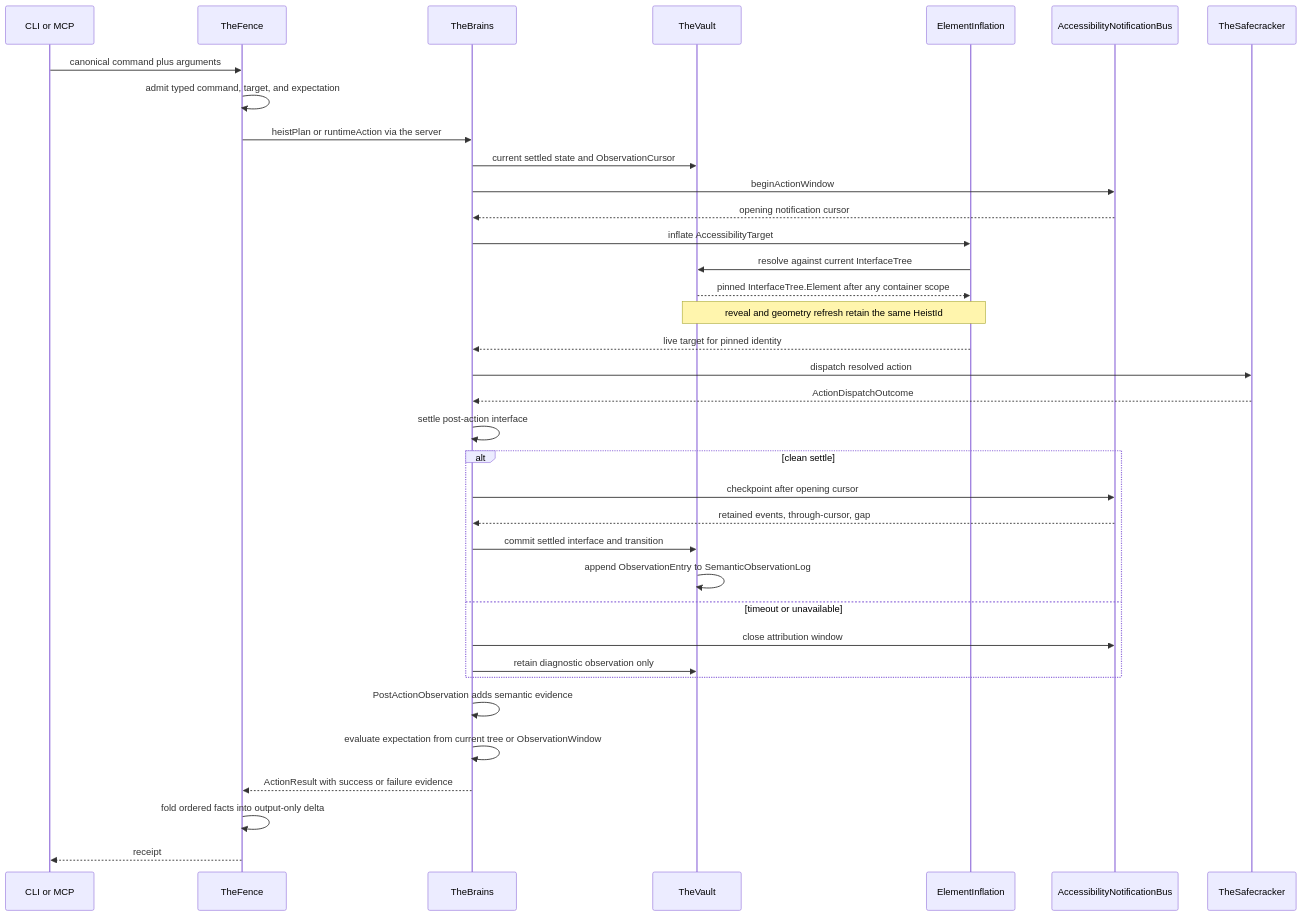
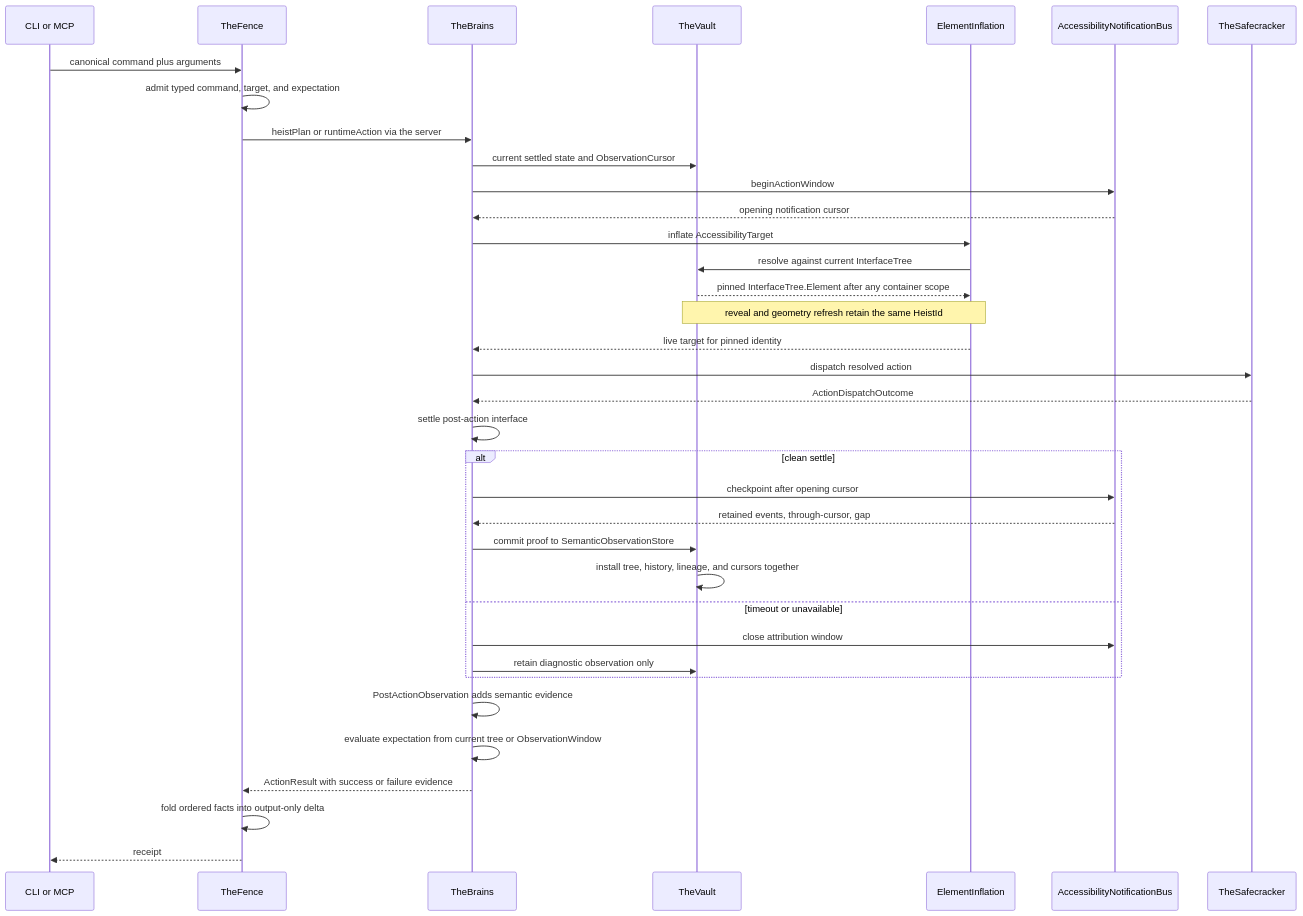
One commit to RoyalPineapple/TheButtonHeist changed the diagram in docs/diagrams/action-pipeline.md. Above: the diagram before and after it, drawn with Mermaid. The commit also changed other lines of this file and 47 other files, not shown here.

````diff
--- a/docs/diagrams/action-pipeline.md
+++ b/docs/diagrams/action-pipeline.md
@@ -10,43 +10,43 @@
 ```mermaid
 sequenceDiagram
     participant Client as CLI or MCP
     participant Fence as TheFence
     participant Brains as TheBrains
     participant Vault as TheVault
     participant Inflation as ElementInflation
     participant Notifications as AccessibilityNotificationBus
     participant Safecracker as TheSafecracker
 
     Client->>Fence: canonical command plus arguments
     Fence->>Fence: admit typed command, target, and expectation
     Fence->>Brains: heistPlan or runtimeAction via the server
     Brains->>Vault: current settled state and ObservationCursor
     Brains->>Notifications: beginActionWindow
     Notifications-->>Brains: opening notification cursor
 
     Brains->>Inflation: inflate AccessibilityTarget
     Inflation->>Vault: resolve against current InterfaceTree
     Vault-->>Inflation: pinned InterfaceTree.Element after any container scope
     Note over Inflation,Vault: reveal and geometry refresh retain the same HeistId
     Inflation-->>Brains: live target for pinned identity
 
     Brains->>Safecracker: dispatch resolved action
     Safecracker-->>Brains: ActionDispatchOutcome
     Brains->>Brains: settle post-action interface
 
     alt clean settle
         Brains->>Notifications: checkpoint after opening cursor
         Notifications-->>Brains: retained events, through-cursor, gap
-        Brains->>Vault: commit settled interface and transition
-        Vault->>Vault: append ObservationEntry to SemanticObservationLog
+        Brains->>Vault: commit proof to SemanticObservationStore
+        Vault->>Vault: install tree, history, lineage, and cursors together
     else timeout or unavailable
         Brains->>Notifications: close attribution window
         Brains->>Vault: retain diagnostic observation only
     end
 
     Brains->>Brains: PostActionObservation adds semantic evidence
     Brains->>Brains: evaluate expectation from current tree or ObservationWindow
     Brains-->>Fence: ActionResult with success or failure evidence
     Fence->>Fence: fold ordered facts into output-only delta
     Fence-->>Client: receipt
 ```
````
